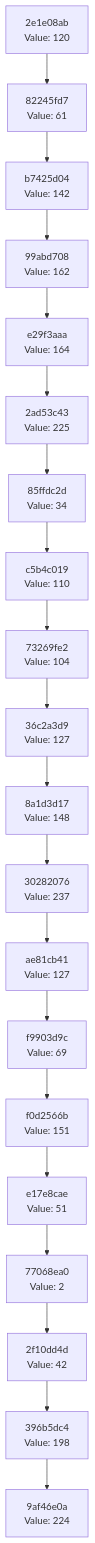
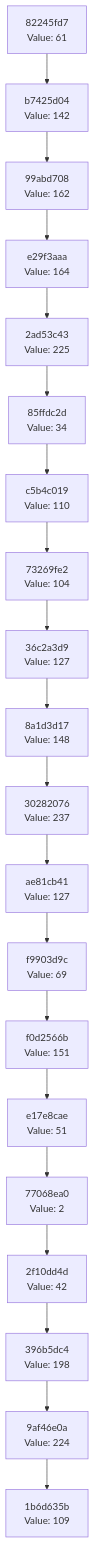
Before and after one commit to Abhisheksinha1506/hash-chain-evolver: the diagram in docs/CHAIN_VISUALIZATION.md, drawn with Mermaid. The commit also changed 2 other files, not shown here.

Commit message:
Evolution step: hash 0x6D → action executed

````diff
--- a/docs/CHAIN_VISUALIZATION.md
+++ b/docs/CHAIN_VISUALIZATION.md
@@ -3,42 +3,42 @@
 ```mermaid
 graph TD
-    C0["9af46e0a<br/>Value: 224"]
-    C1["396b5dc4<br/>Value: 198"]
+    C0["1b6d635b<br/>Value: 109"]
+    C1["9af46e0a<br/>Value: 224"]
     C1 --> C0
-    C2["2f10dd4d<br/>Value: 42"]
+    C2["396b5dc4<br/>Value: 198"]
     C2 --> C1
-    C3["77068ea0<br/>Value: 2"]
+    C3["2f10dd4d<br/>Value: 42"]
     C3 --> C2
-    C4["e17e8cae<br/>Value: 51"]
+    C4["77068ea0<br/>Value: 2"]
     C4 --> C3
-    C5["f0d2566b<br/>Value: 151"]
+    C5["e17e8cae<br/>Value: 51"]
     C5 --> C4
-    C6["f9903d9c<br/>Value: 69"]
+    C6["f0d2566b<br/>Value: 151"]
     C6 --> C5
-    C7["ae81cb41<br/>Value: 127"]
+    C7["f9903d9c<br/>Value: 69"]
     C7 --> C6
-    C8["30282076<br/>Value: 237"]
+    C8["ae81cb41<br/>Value: 127"]
     C8 --> C7
-    C9["8a1d3d17<br/>Value: 148"]
+    C9["30282076<br/>Value: 237"]
     C9 --> C8
-    C10["36c2a3d9<br/>Value: 127"]
+    C10["8a1d3d17<br/>Value: 148"]
     C10 --> C9
-    C11["73269fe2<br/>Value: 104"]
+    C11["36c2a3d9<br/>Value: 127"]
     C11 --> C10
-    C12["c5b4c019<br/>Value: 110"]
+    C12["73269fe2<br/>Value: 104"]
     C12 --> C11
-    C13["85ffdc2d<br/>Value: 34"]
+    C13["c5b4c019<br/>Value: 110"]
     C13 --> C12
-    C14["2ad53c43<br/>Value: 225"]
+    C14["85ffdc2d<br/>Value: 34"]
     C14 --> C13
-    C15["e29f3aaa<br/>Value: 164"]
+    C15["2ad53c43<br/>Value: 225"]
     C15 --> C14
-    C16["99abd708<br/>Value: 162"]
+    C16["e29f3aaa<br/>Value: 164"]
     C16 --> C15
-    C17["b7425d04<br/>Value: 142"]
+    C17["99abd708<br/>Value: 162"]
     C17 --> C16
-    C18["82245fd7<br/>Value: 61"]
+    C18["b7425d04<br/>Value: 142"]
     C18 --> C17
-    C19["2e1e08ab<br/>Value: 120"]
+    C19["82245fd7<br/>Value: 61"]
     C19 --> C18
 ```
````
